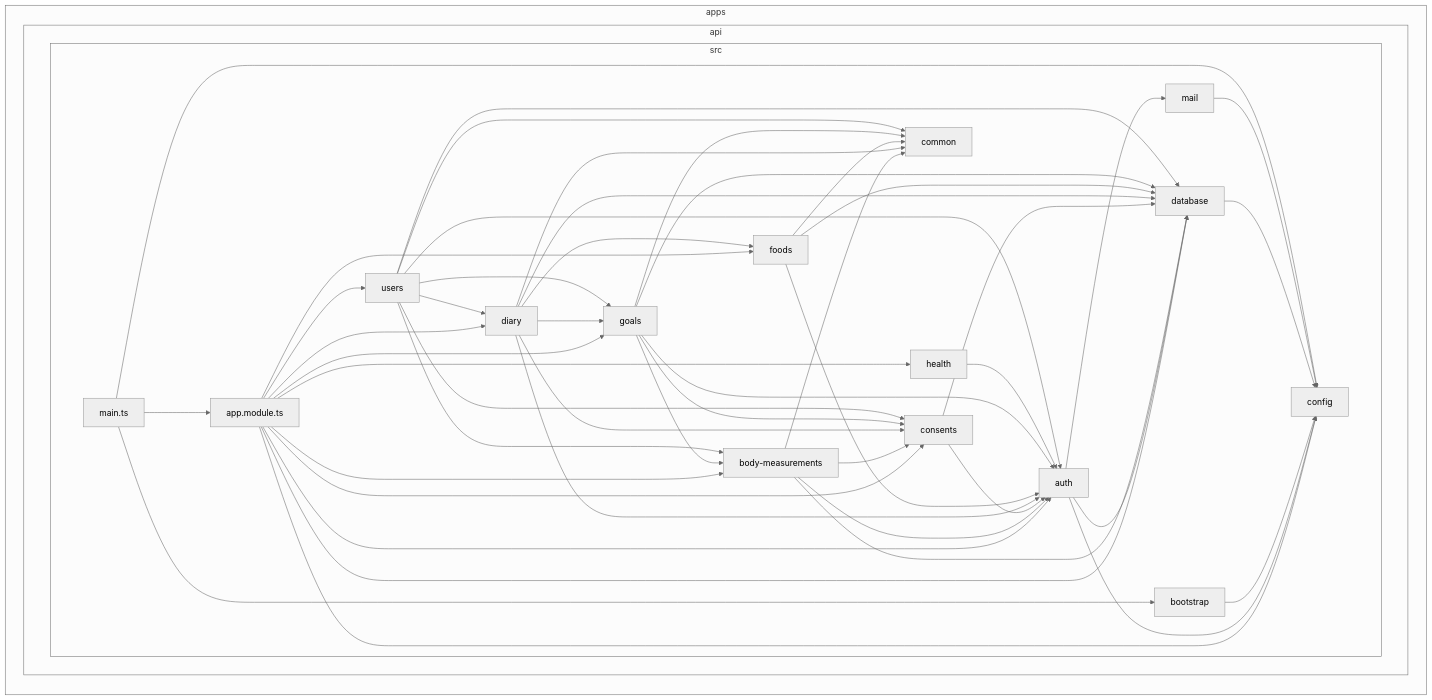
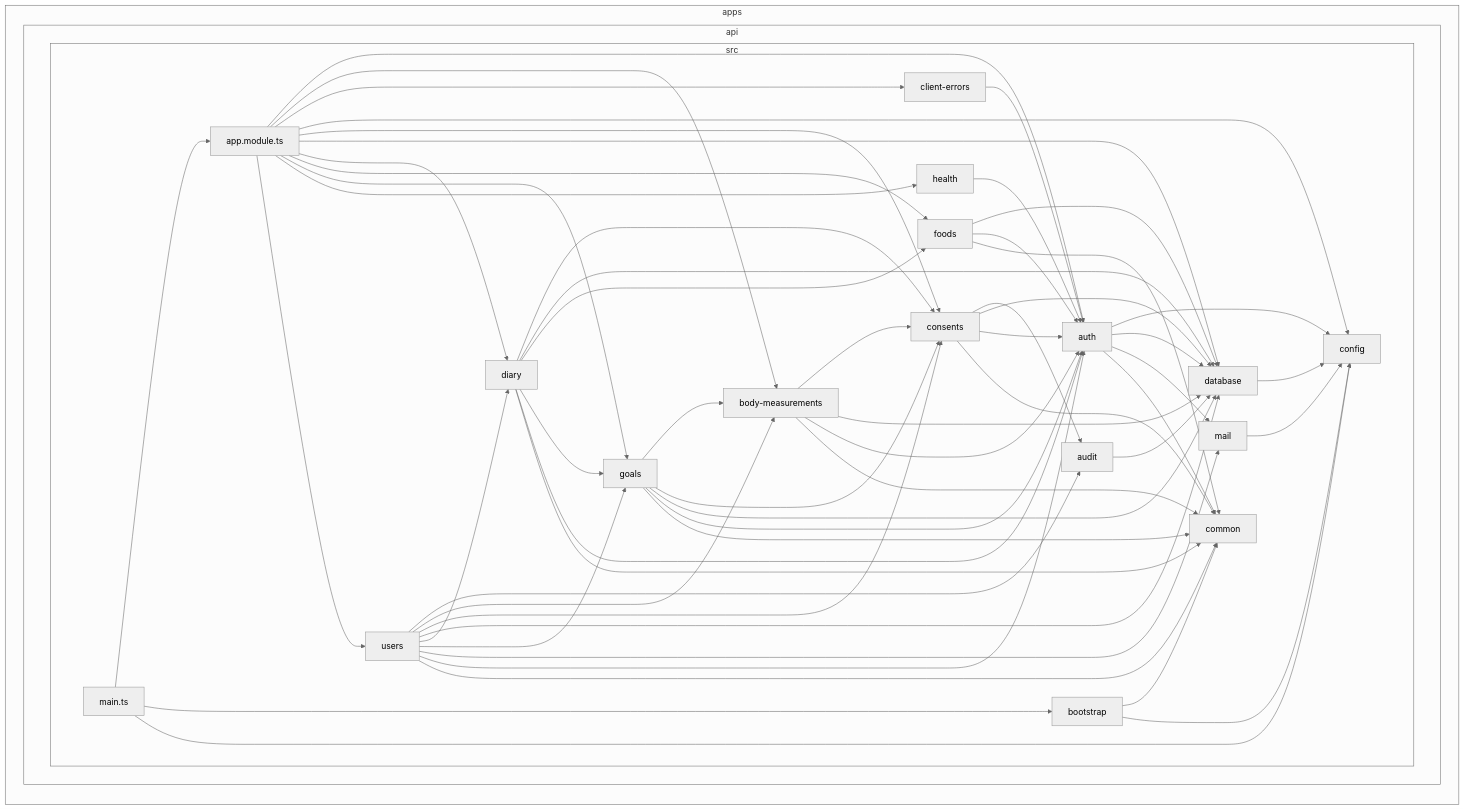
The first of 3 diagrams in docs/arquitetura/dependencias.md (FireC4io/minhasaude), drawn with Mermaid (neutral theme) before and after one commit. The commit also changed other lines of this file and 20 other files, not shown here.

First line of the commit message:
feat(api): auditoria das acoes sensiveis (audit_events)

````diff
--- a/docs/arquitetura/dependencias.md
+++ b/docs/arquitetura/dependencias.md
@@ -13,9 +13,11 @@
   subgraph apps_api["api"]
     subgraph apps_api_src["src"]
       apps_api_src_app_module_ts["app.module.ts"]
+      apps_api_src_audit["audit"]
       apps_api_src_auth["auth"]
       apps_api_src_body_measurements["body-measurements"]
       apps_api_src_bootstrap["bootstrap"]
+      apps_api_src_client_errors["client-errors"]
       apps_api_src_common["common"]
       apps_api_src_config["config"]
       apps_api_src_consents["consents"]
@@ -32,6 +34,7 @@
 end
 apps_api_src_app_module_ts-->apps_api_src_auth
 apps_api_src_app_module_ts-->apps_api_src_body_measurements
+apps_api_src_app_module_ts-->apps_api_src_client_errors
 apps_api_src_app_module_ts-->apps_api_src_config
 apps_api_src_app_module_ts-->apps_api_src_consents
 apps_api_src_app_module_ts-->apps_api_src_database
@@ -40,16 +43,22 @@
 apps_api_src_app_module_ts-->apps_api_src_goals
 apps_api_src_app_module_ts-->apps_api_src_health
 apps_api_src_app_module_ts-->apps_api_src_users
+apps_api_src_audit-->apps_api_src_database
 apps_api_src_auth-->apps_api_src_config
 apps_api_src_auth-->apps_api_src_database
 apps_api_src_auth-->apps_api_src_mail
+apps_api_src_auth-->apps_api_src_common
 apps_api_src_body_measurements-->apps_api_src_consents
 apps_api_src_body_measurements-->apps_api_src_database
 apps_api_src_body_measurements-->apps_api_src_auth
 apps_api_src_body_measurements-->apps_api_src_common
+apps_api_src_bootstrap-->apps_api_src_common
 apps_api_src_bootstrap-->apps_api_src_config
+apps_api_src_client_errors-->apps_api_src_auth
+apps_api_src_consents-->apps_api_src_audit
 apps_api_src_consents-->apps_api_src_database
 apps_api_src_consents-->apps_api_src_auth
+apps_api_src_consents-->apps_api_src_common
 apps_api_src_database-->apps_api_src_config
 apps_api_src_diary-->apps_api_src_consents
 apps_api_src_diary-->apps_api_src_database
@@ -70,11 +79,13 @@
 apps_api_src_main_ts-->apps_api_src_app_module_ts
 apps_api_src_main_ts-->apps_api_src_bootstrap
 apps_api_src_main_ts-->apps_api_src_config
+apps_api_src_users-->apps_api_src_audit
 apps_api_src_users-->apps_api_src_body_measurements
 apps_api_src_users-->apps_api_src_consents
 apps_api_src_users-->apps_api_src_database
 apps_api_src_users-->apps_api_src_diary
 apps_api_src_users-->apps_api_src_goals
+apps_api_src_users-->apps_api_src_mail
 apps_api_src_users-->apps_api_src_auth
 apps_api_src_users-->apps_api_src_common
 ```
````
